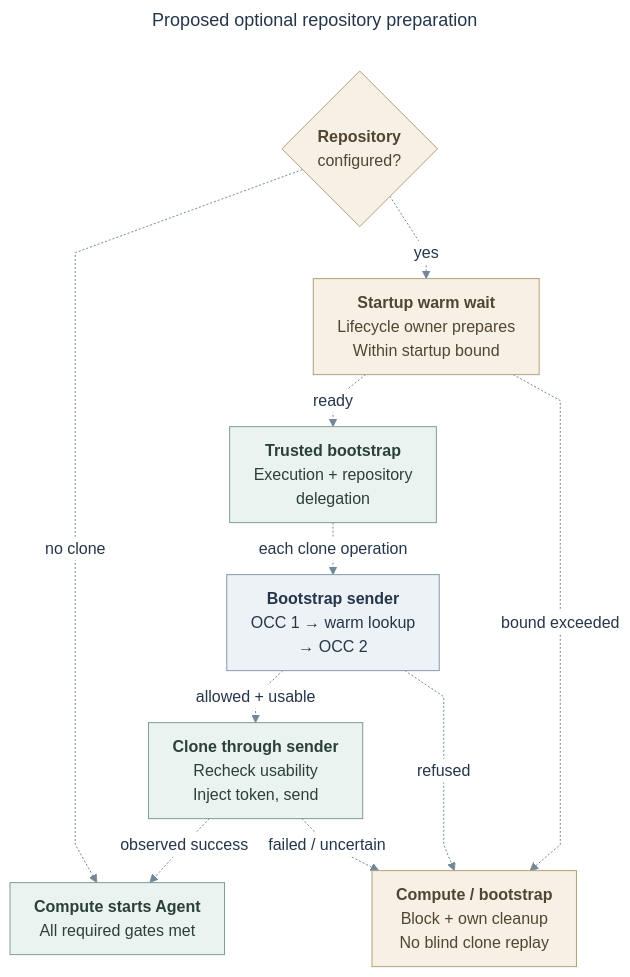
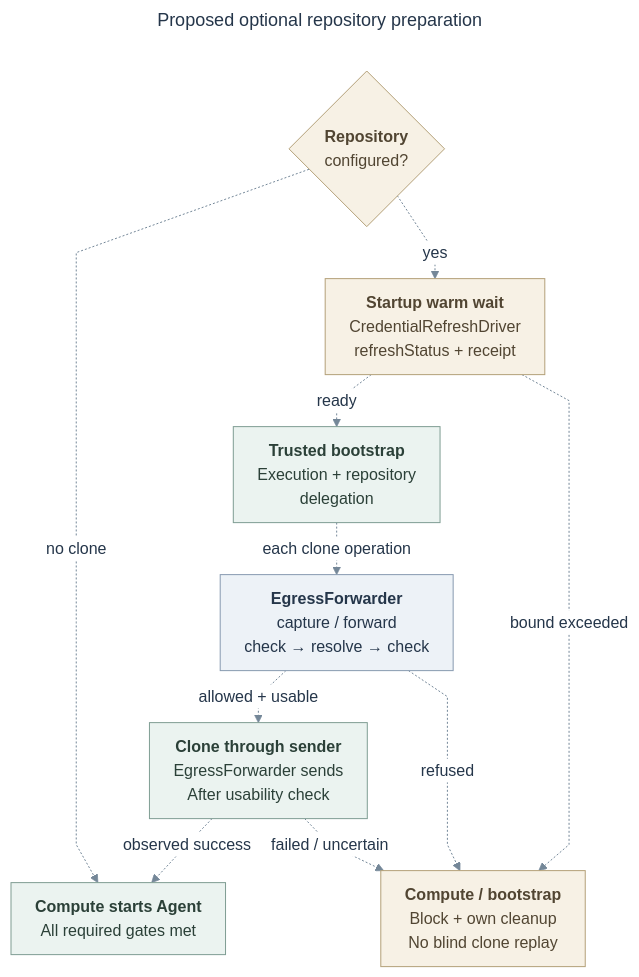
Before and after one commit to freeqaz-openai/openclaw-enterprise: the diagram in specs/rfcs/0019-egress-proxy-credential-lifecycle/assets/clone-startup.mmd, drawn with Mermaid. The commit also changed 22 other files, not shown here.

Commit message:
docs(rfc): define replacement egress and credential interfaces

```diff
--- a/specs/rfcs/0019-egress-proxy-credential-lifecycle/assets/clone-startup.mmd
+++ b/specs/rfcs/0019-egress-proxy-credential-lifecycle/assets/clone-startup.mmd
@@ -1,50 +1,50 @@
 ---
 title: "Proposed optional repository preparation"
 config:
   theme: base
   htmlLabels: true
   themeVariables:
     fontFamily: "Arial, sans-serif"
     fontSize: "16px"
     primaryTextColor: "#25364A"
     lineColor: "#748798"
     edgeLabelBackground: "#FFFFFF"
     clusterBkg: "#FAFBFC"
     clusterBorder: "#D8DEE6"
   flowchart:
     useMaxWidth: false
     curve: linear
     nodeSpacing: 22
     rankSpacing: 28
     padding: 12
     diagramPadding: 12
     subGraphTitleMargin:
       top: 10
       bottom: 14
 ---
 flowchart TB
   Repo{"<b>Repository</b><br/>configured?"}
-  Warm["<b>Startup warm wait</b><br/>Lifecycle owner prepares<br/>Within startup bound"]
+  Warm["<b>Startup warm wait</b><br/>CredentialRefreshDriver<br/>refreshStatus + receipt"]
   Bootstrap["<b>Trusted bootstrap</b><br/>Execution + repository<br/>delegation"]
-  Sender["<b>Bootstrap sender</b><br/>OCC 1 → warm lookup<br/>→ OCC 2"]
-  Clone["<b>Clone through sender</b><br/>Recheck usability<br/>Inject token, send"]
+  Sender["<b>EgressForwarder</b><br/>capture / forward<br/>check → resolve → check"]
+  Clone["<b>Clone through sender</b><br/>EgressForwarder sends<br/>After usability check"]
   Start["<b>Compute starts Agent</b><br/>All required gates met"]
   Block["<b>Compute / bootstrap</b><br/>Block + own cleanup<br/>No blind clone replay"]
   Repo -. no clone .-> Start
   Repo -. yes .-> Warm
   Warm -. ready .-> Bootstrap
   Warm -. bound exceeded .-> Block
   Bootstrap -. each clone operation .-> Sender
   Sender -. allowed + usable .-> Clone
   Sender -. refused .-> Block
   Clone -. observed success .-> Start
   Clone -. failed / uncertain .-> Block
   class Bootstrap,Clone,Start action
   class Sender api
   class Repo,Warm,Block gate
   classDef api fill:#EDF2F7,stroke:#879AB0,color:#25364A,stroke-width:1px
   classDef action fill:#EBF3F0,stroke:#7F9D93,color:#2B4038,stroke-width:1px
   classDef external fill:#F2EDF6,stroke:#A394AF,color:#40354B,stroke-width:1px
   classDef gate fill:#F7F1E5,stroke:#B3A078,color:#514532,stroke-width:1px
   classDef logical fill:#F3F4F6,stroke:#98A2AE,color:#344054,stroke-width:1px,stroke-dasharray:4 4
   linkStyle default stroke:#748798,stroke-width:1px
```
